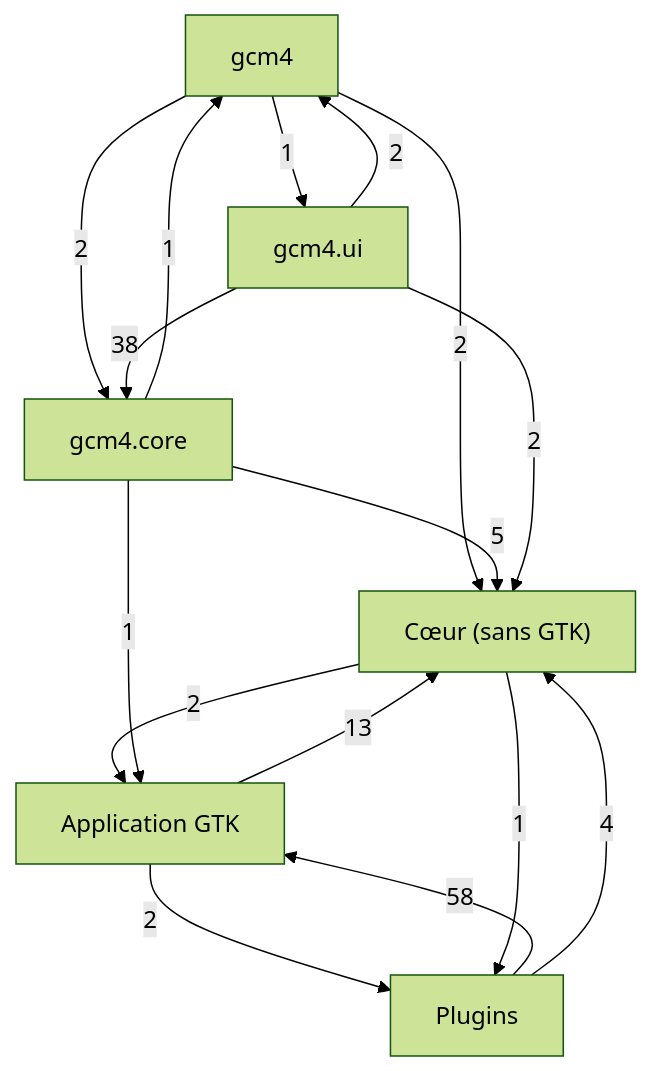
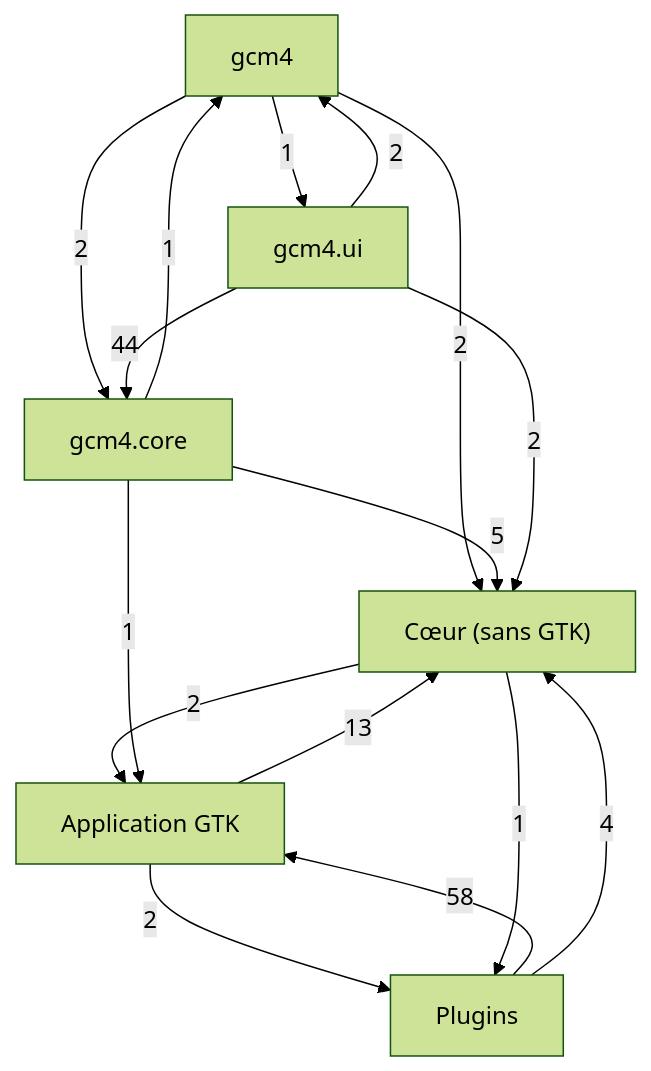
One commit to Mathide-Team/Gcm4 changed the first of 7 diagrams in docs/class-diagram.md. Above: the diagram before and after it, drawn with Mermaid (forest theme). The commit also changed other lines of this file and 70 other files, not shown here.

````diff
--- a/docs/class-diagram.md
+++ b/docs/class-diagram.md
@@ -21,24 +21,24 @@
 ```mermaid
 flowchart TD
     g0["Cœur (sans GTK)"]
     g1["Application GTK"]
     g2["Plugins"]
     g3["gcm4"]
     g4["gcm4.core"]
     g5["gcm4.ui"]
     g1 -->|13| g0
     g1 -->|2| g2
     g0 -->|2| g1
     g0 -->|1| g2
     g2 -->|58| g1
     g2 -->|4| g0
     g3 -->|2| g0
     g3 -->|2| g4
     g3 -->|1| g5
     g4 -->|1| g1
     g4 -->|5| g0
     g4 -->|1| g3
     g5 -->|2| g0
     g5 -->|2| g3
-    g5 -->|38| g4
+    g5 -->|44| g4
 ```
````
